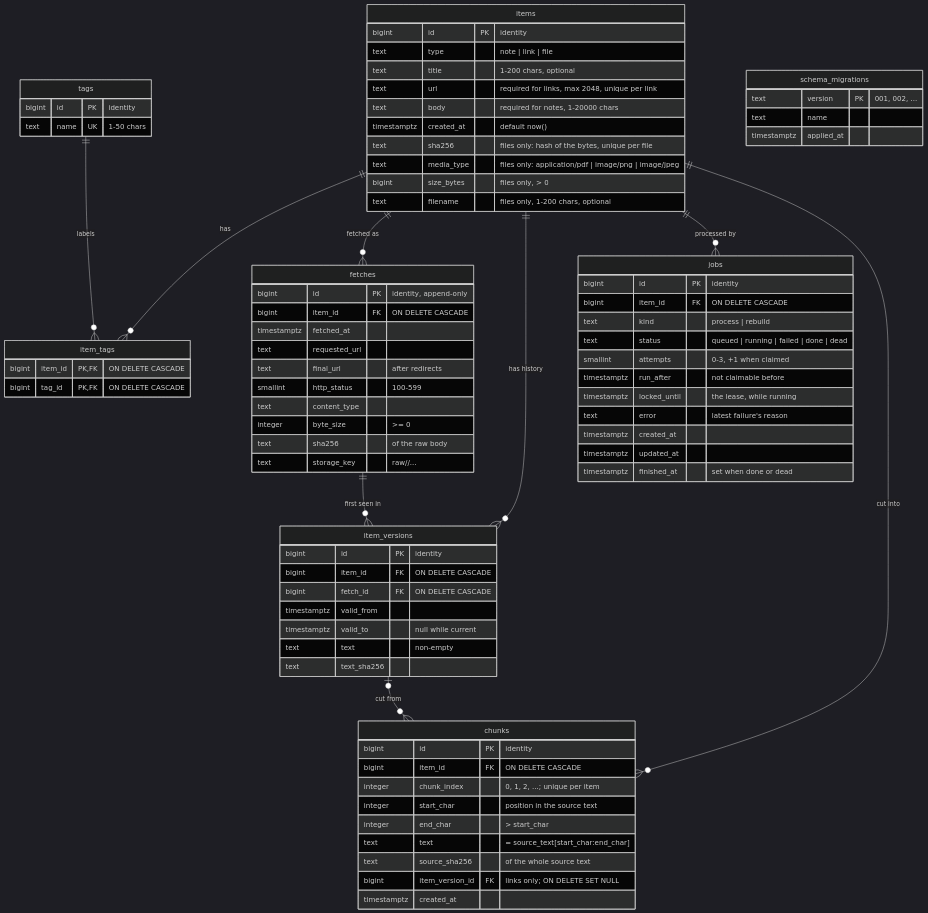
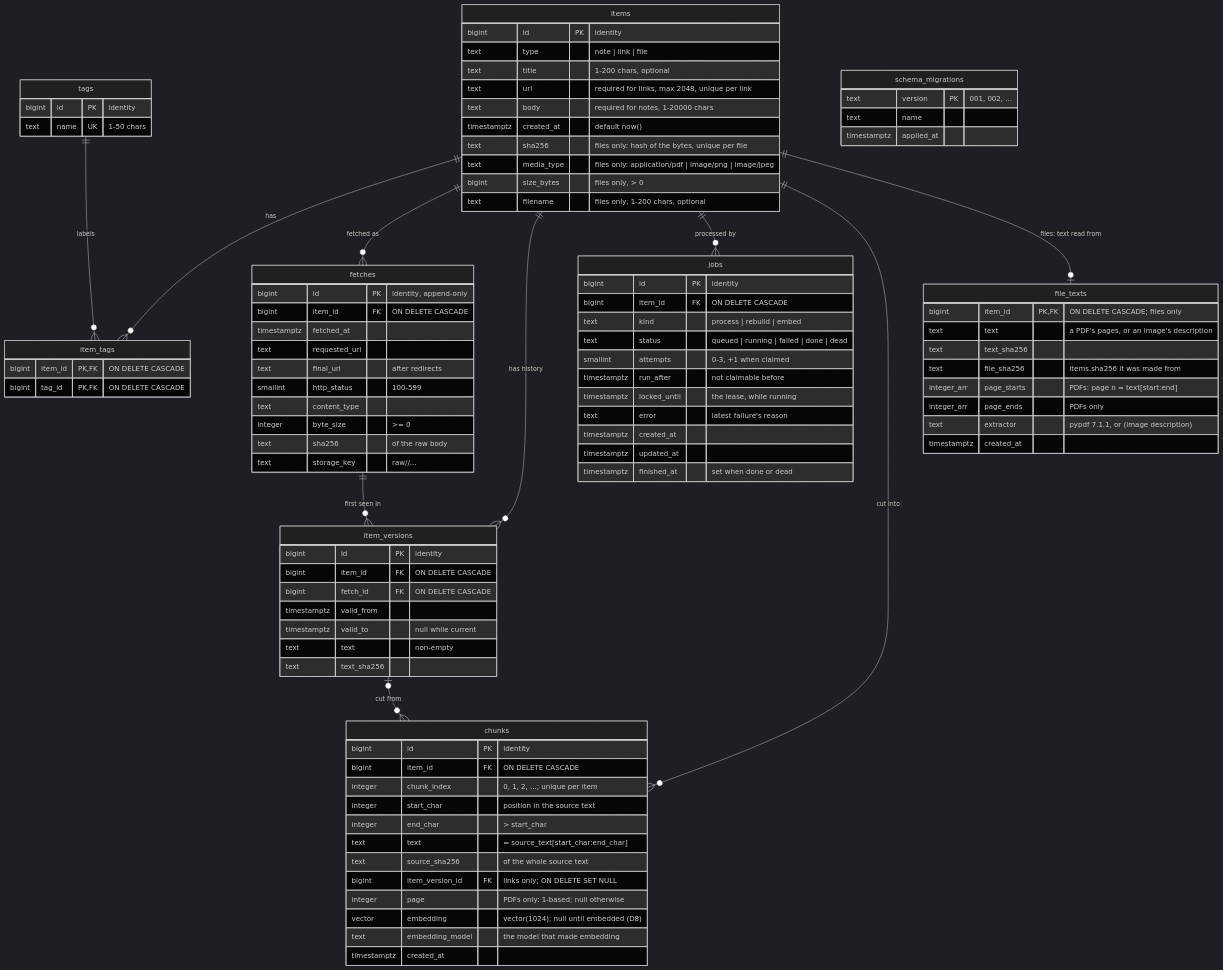
The diagram in docs/schema.md (sxnfer/mind-dump), drawn with Mermaid (dark theme) before and after one commit. The commit also changed other lines of this file and 4 other files, not shown here.

First line of the commit message:
Docs: M3 schema, tasks, architecture, setup and status

```diff
--- a/docs/schema.md
+++ b/docs/schema.md
@@ -14,6 +14,7 @@
     items ||--o{ jobs : "processed by"
     items ||--o{ chunks : "cut into"
     item_versions |o--o{ chunks : "cut from"
+    items ||--o| file_texts : "files: text read from"
 
     items {
         bigint      id PK "identity"
@@ -51,7 +52,7 @@
     jobs {
         bigint      id PK "identity"
         bigint      item_id FK "ON DELETE CASCADE"
-        text        kind "process | rebuild"
+        text        kind "process | rebuild | embed"
         text        status "queued | running | failed | done | dead"
         smallint    attempts "0-3, +1 when claimed"
         timestamptz run_after "not claimable before"
@@ -70,6 +71,19 @@
         text        text "= source_text[start_char:end_char]"
         text        source_sha256 "of the whole source text"
         bigint      item_version_id FK "links only; ON DELETE SET NULL"
+        integer     page "PDFs only: 1-based; null otherwise"
+        vector      embedding "vector(1024); null until embedded (D8)"
+        text        embedding_model "the model that made embedding"
+        timestamptz created_at
+    }
+    file_texts {
+        bigint      item_id PK, FK "ON DELETE CASCADE; files only"
+        text        text "a PDF's pages, or an image's description"
+        text        text_sha256
+        text        file_sha256 "items.sha256 it was made from"
+        integer_arr page_starts "PDFs: page n = text[start:end]"
+        integer_arr page_ends "PDFs only"
+        text        extractor "pypdf 7.1.1, or <model> (image description)"
         timestamptz created_at
     }
     tags {
```
